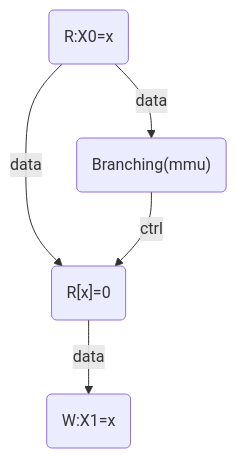
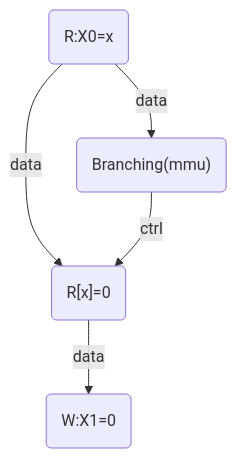
One commit to herd/herdtools7 changed the third of 4 diagrams in pac_tests/notes_wm.md. Above: the diagram before and after it, drawn with Mermaid. The commit also changed other lines of this file, not shown here.

````diff
--- a/pac_tests/notes_wm.md
+++ b/pac_tests/notes_wm.md
@@ -72,12 +72,12 @@
 ```mermaid
 graph TD;
     A("R:X0=x");
     B("Branching(mmu)");
     C("R[x]=0");
-    D("W:X1=x");
+    D("W:X1=0");
 
     A -->|data| B;
     A -->|data| C;
     B -->|ctrl| C;
     C -->|data| D;
 ```
````
